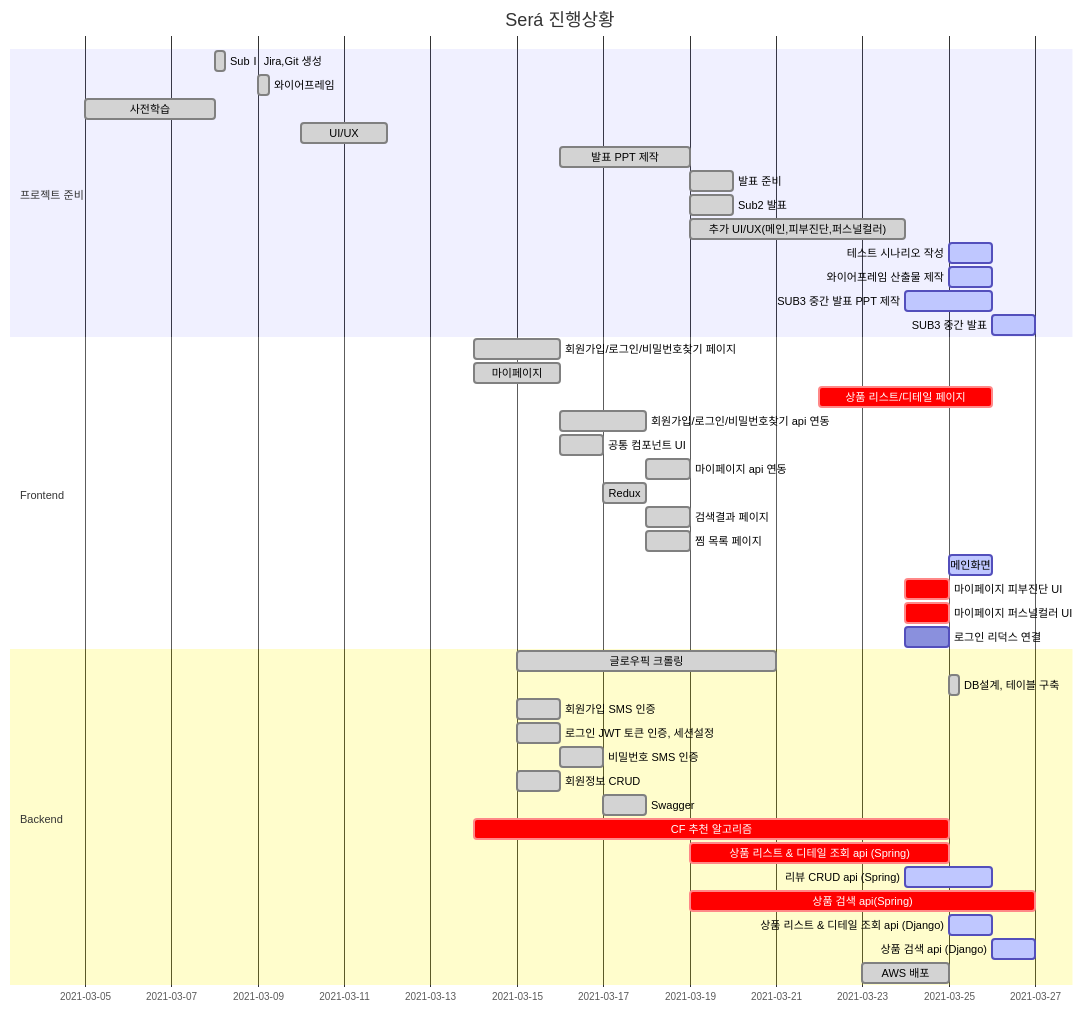
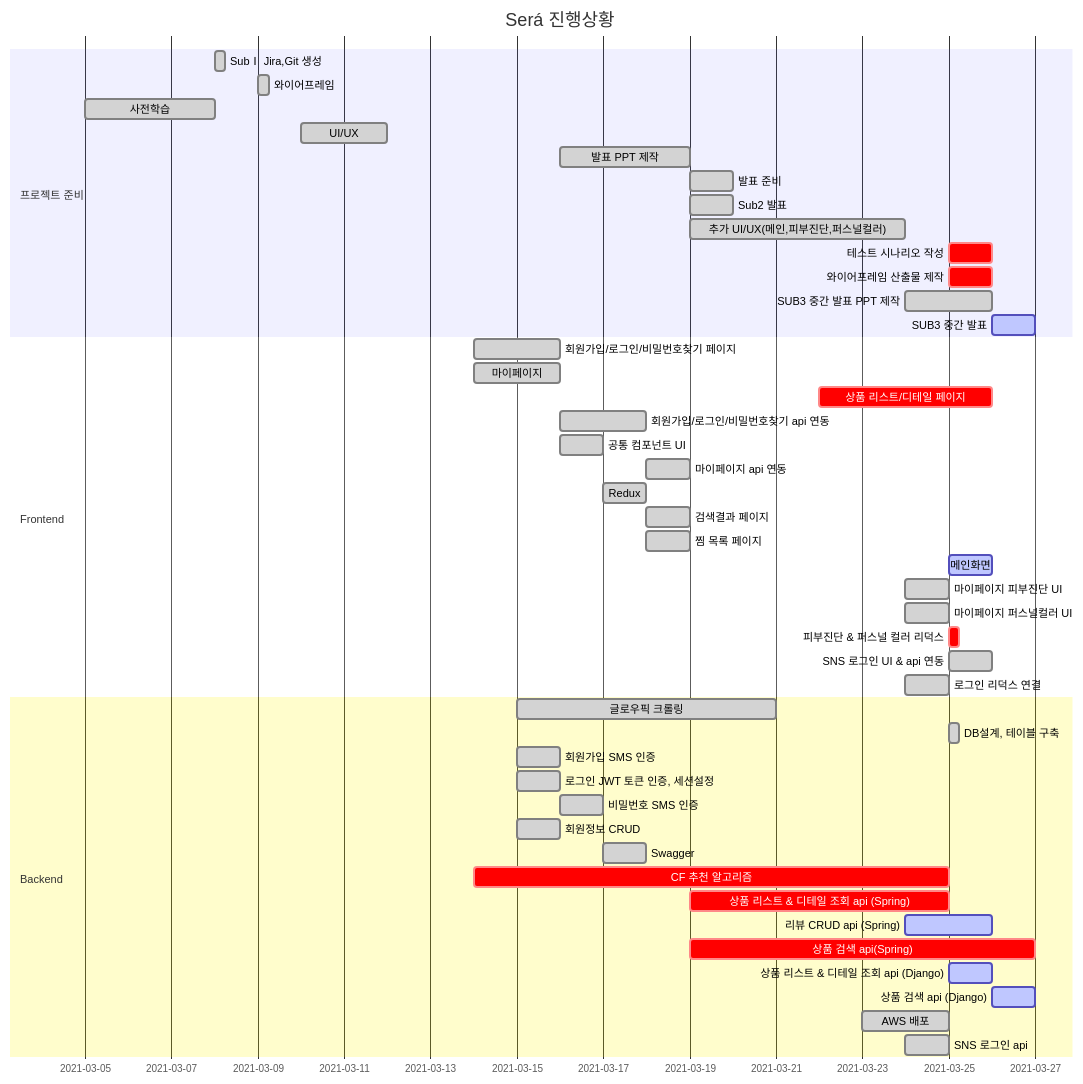
Before and after one commit to jihyeong2/PJT-Sera: the diagram in README.md, drawn with Mermaid.

Commit message:
README_0325: gantt chart 수정

````diff
--- a/README.md
+++ b/README.md
@@ -32,51 +32,54 @@
 ```mermaid
 gantt
     title Será 진행상황
     dateFormat  YYYY-MM-DD
     section 프로젝트 준비
     SubⅠ Jira,Git 생성  :done, 2021-03-08, 6h
     와이어프레임 : done, 2021-03-09, 6h
     사전학습   :done, 2021-03-05, 3d
     UI/UX   : done,   2021-03-10, 2d
     발표 PPT 제작: done, t8, 2021-03-16, 3d
     발표 준비 : done,t9, after t8, 1d
     Sub2 발표 : done, t10, 2021-03-19, 1d
     추가 UI/UX(메인,피부진단,퍼스널컬러): done, 2021-03-19, 5d
-    테스트 시나리오 작성 : active, t14, 2021-03-25, 1d
-    와이어프레임 산출물 제작 :  active, t15, 2021-03-25, 1d
-    SUB3 중간 발표 PPT 제작 : active, t16, 2021-03-24, 2d
+    테스트 시나리오 작성 : crit, t14, 2021-03-25, 1d
+    와이어프레임 산출물 제작 :  crit, t15, 2021-03-25, 1d
+    SUB3 중간 발표 PPT 제작 : done, t16, 2021-03-24, 2d
     SUB3 중간 발표 : active, t17, 2021-03-26, 1d
 
 
     section Frontend
    	회원가입/로그인/비밀번호찾기 페이지 :  done, t1, 2021-03-14, 2d
    	마이페이지 :  done, t2, 2021-03-14, 2d
    	상품 리스트/디테일 페이지  : crit, t3, 2021-03-22, 4d
     회원가입/로그인/비밀번호찾기 api 연동 : done, t4, after t1,2d
     공통 컴포넌트 UI : done, t7, 2021-03-16, 1d
     마이페이지 api 연동: done, t5, 2021-03-18, 1d
     Redux : done, t6, 2021-03-17, 1d
   	검색결과 페이지 : done, t11, 2021-03-18, 1d
   	찜 목록 페이지 : done, t12, 2021-03-18, 1d
   	메인화면: active, t13, 2021-03-25, 1d
-	마이페이지 피부진단 UI : crit, t17, 2021-03-24, 1d
-	마이페이지 퍼스널컬러 UI : crit, t18, 2021-03-24, 1d
-	로그인 리덕스 연결 : crit t19, 2021-03-24, 1d
+	마이페이지 피부진단 UI : done, t17, 2021-03-24, 1d
+	마이페이지 퍼스널컬러 UI : done, t18, 2021-03-24, 1d
+	피부진단 & 퍼스널 컬러 리덕스 : crit, 2021-03-25, 6h
+	SNS 로그인 UI & api 연동 : done, 2021-03-25, 1d
+	로그인 리덕스 연결 : done, t19, 2021-03-24, 1d
     
     section Backend
   	글로우픽 크롤링 : done, b_t1, 2021-03-15, 6d
   	DB설계, 테이블 구축 : done, b_t2, after 2021-03-12, 6h
     회원가입 SMS 인증 : done, b_t4, 2021-03-15, 1d
     로그인 JWT 토큰 인증, 세션설정 : done, b_t5, 2021-03-15, 1d
     비밀번호 SMS 인증 : done, b_t6, 2021-03-16, 1d
     회원정보 CRUD : done, b_t7, 2021-03-15, 1d
     Swagger : done, b_t8, after b_t6, 1d
     CF 추천 알고리즘 : crit, b_t3, 2021-03-14, 11d
     상품 리스트 & 디테일 조회 api (Spring): crit, b_t9, 2021-03-19,6d
     리뷰 CRUD api (Spring): active, b_t10, 2021-03-24, 2d
 	상품 검색 api(Spring):  crit,b_t12, 2021-03-19, 8d
     상품 리스트 & 디테일 조회 api (Django): active, b_t11, after b_t3, 1d
     상품 검색 api (Django): active, b_t13, after b_t11, 1d
     AWS 배포: done, b_t13, 2021-03-23, 2d
+    SNS 로그인 api : done, 2021-03-24, 1d
 
 ```
````
